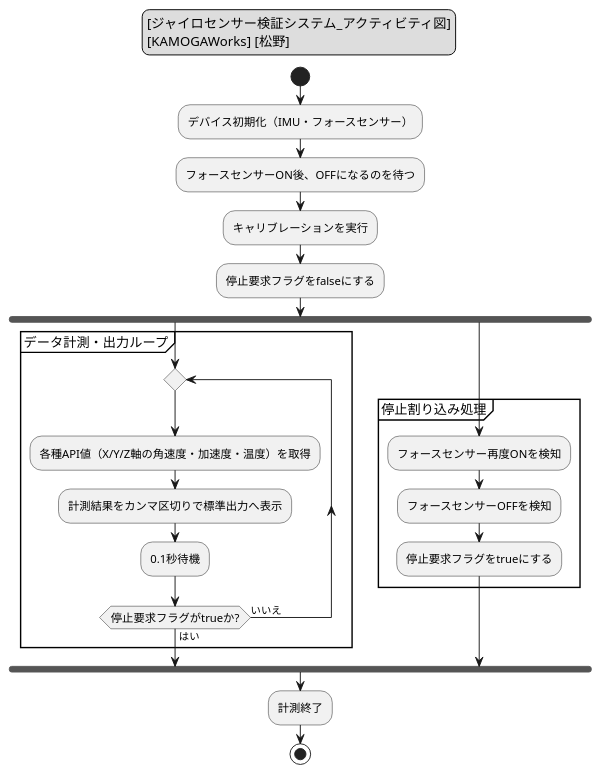
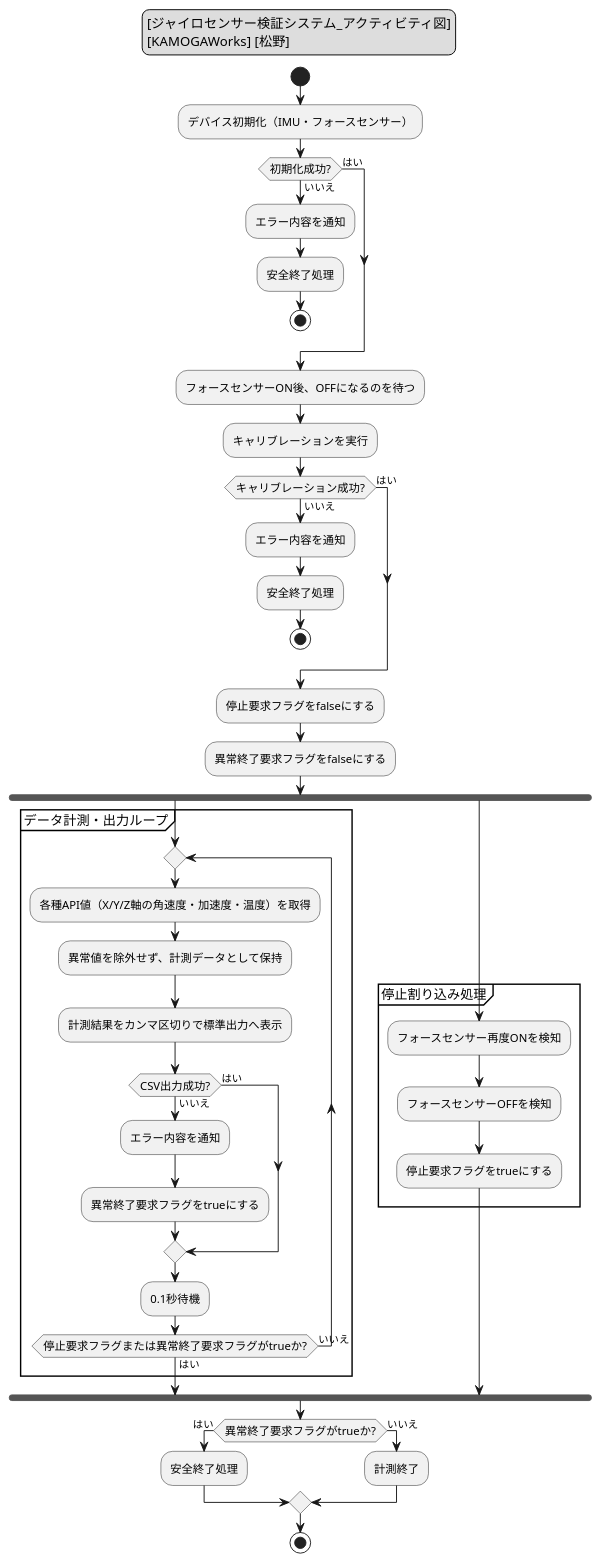
The diagram in UML/ジャイロセンサー検証システム_アクティビティ図.puml (Matsuno0412/Gyro-sensor-System), drawn with PlantUML before and after one commit. The commit also changed 4 other files, not shown here.

```diff
--- a/UML/ジャイロセンサー検証システム_アクティビティ図.puml
+++ b/UML/ジャイロセンサー検証システム_アクティビティ図.puml
@@ -1,55 +1,82 @@
 @startuml ジャイロセンサー検証システム_アクティビティ図
 
 skinparam ActivityDiamondFontSize 12
 skinparam ActivityFontSize 12
 
 legend top
 [ジャイロセンサー検証システム_アクティビティ図]
 [KAMOGAWorks] [松野]
 endlegend
 
 start
 
 :デバイス初期化（IMU・フォースセンサー）;
 
+if (初期化成功?) then (はい)
+else (いいえ)
+    :エラー内容を通知;
+    :安全終了処理;
+    stop
+endif
+
 :フォースセンサーON後、OFFになるのを待つ;
 
 :キャリブレーションを実行;
 
+if (キャリブレーション成功?) then (はい)
+else (いいえ)
+    :エラー内容を通知;
+    :安全終了処理;
+    stop
+endif
+
 :停止要求フラグをfalseにする;
+:異常終了要求フラグをfalseにする;
 
 fork
 
 partition データ計測・出力ループ {
 
     repeat
 
         :各種API値（X/Y/Z軸の角速度・加速度・温度）を取得;
 
+        :異常値を除外せず、計測データとして保持;
+
         :計測結果をカンマ区切りで標準出力へ表示;
+
+        if (CSV出力成功?) then (はい)
+        else (いいえ)
+            :エラー内容を通知;
+            :異常終了要求フラグをtrueにする;
+        endif
 
         :0.1秒待機;
 
-    repeat while (停止要求フラグがtrueか?) is (いいえ) not (はい)
+    repeat while (停止要求フラグまたは異常終了要求フラグがtrueか?) is (いいえ) not (はい)
 
 }
 
 fork again
 
 partition 停止割り込み処理 {
 
     :フォースセンサー再度ONを検知;
 
     :フォースセンサーOFFを検知;
 
     :停止要求フラグをtrueにする;
 
 }
 
 end fork
 
-:計測終了;
+if (異常終了要求フラグがtrueか?) then (はい)
+    :安全終了処理;
+else (いいえ)
+    :計測終了;
+endif
 
 stop
 
 @enduml
```
